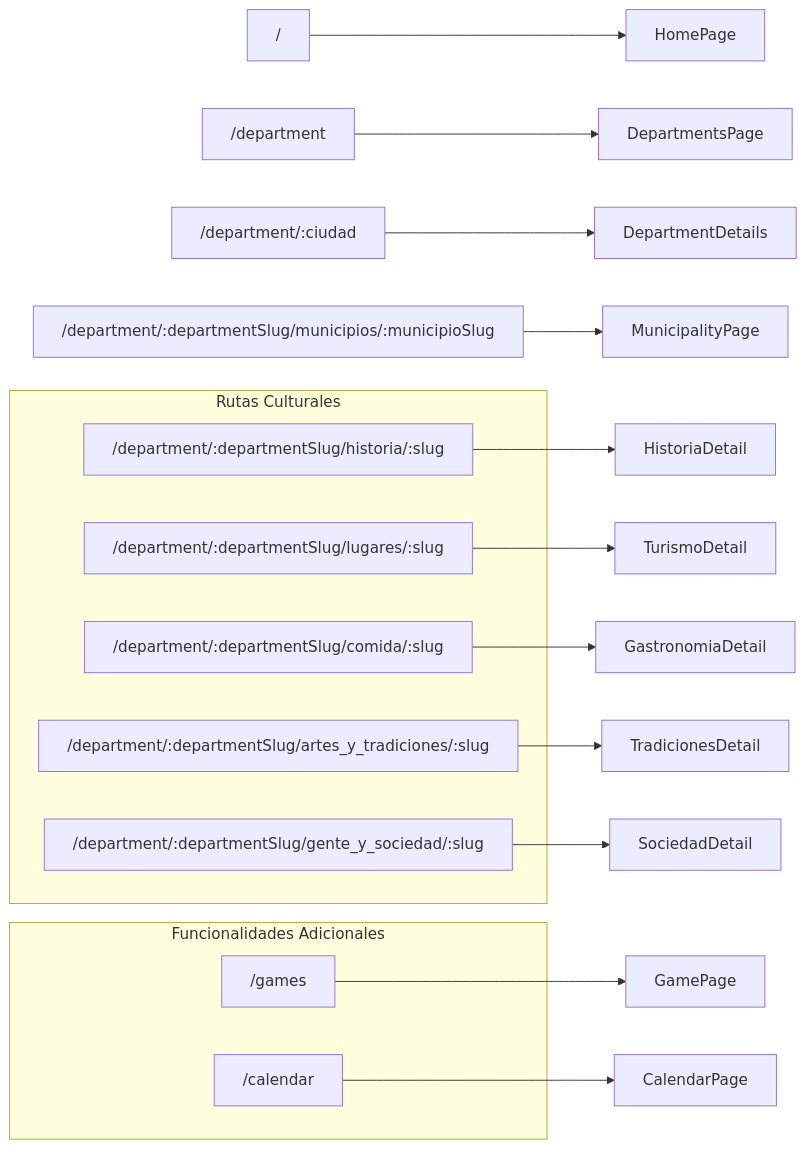
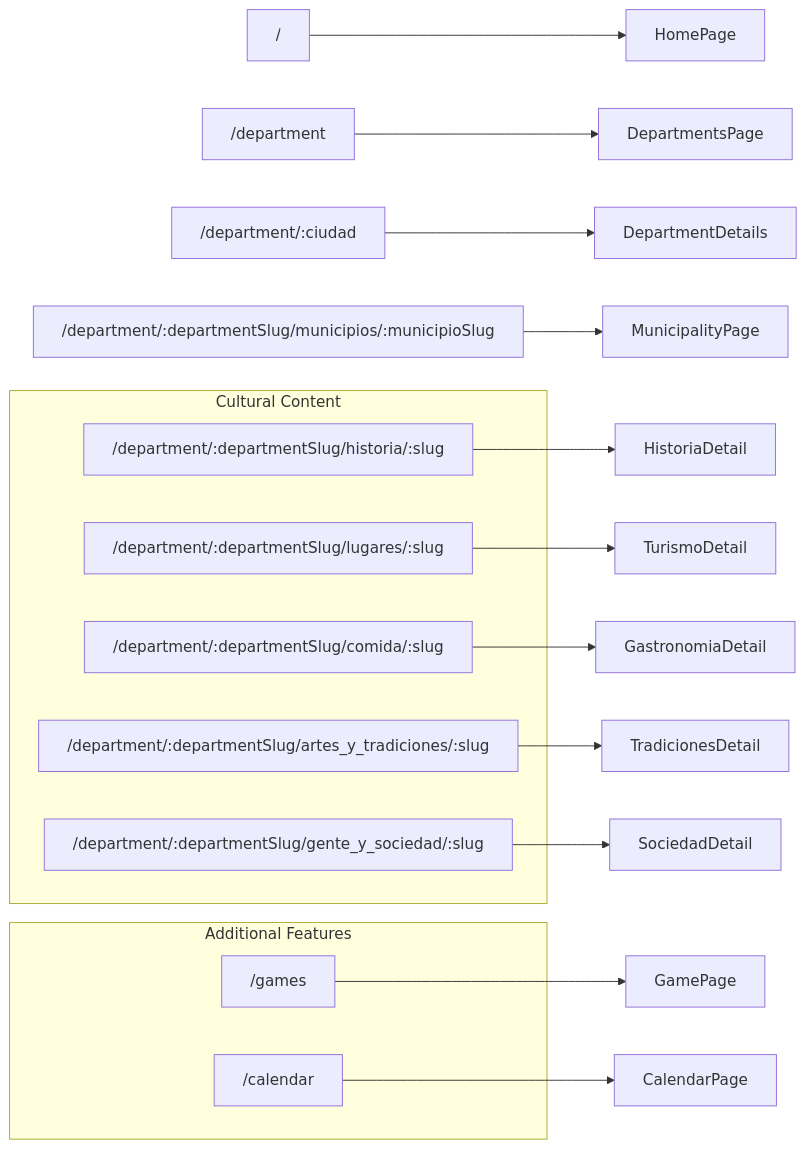
One commit to jonathan1173/pinolito changed the diagram in README.md. Above: the diagram before and after it, drawn with Mermaid. The commit also changed other lines of this file and 1 other file, not shown here.

````diff
--- a/README.md
+++ b/README.md
@@ -92,32 +81,32 @@
 ```mermaid
 graph LR
     Root["/"]
     Departments["/department"]
     DeptDetail["/department/:ciudad"]
     Municipality["/department/:departmentSlug/municipios/:municipioSlug"]
     
-    subgraph "Rutas Culturales"
+    subgraph "Cultural Content"
         Historia["/department/:departmentSlug/historia/:slug"]
         Lugares["/department/:departmentSlug/lugares/:slug"]
         Comida["/department/:departmentSlug/comida/:slug"]
         Tradiciones["/department/:departmentSlug/artes_y_tradiciones/:slug"]
         Sociedad["/department/:departmentSlug/gente_y_sociedad/:slug"]
     end
     
-    subgraph "Funcionalidades Adicionales"
+    subgraph "Additional Features"
         Games["/games"]
         Calendar["/calendar"]
     end
     
     Root --> HomePage
     Departments --> DepartmentsPage
     DeptDetail --> DepartmentDetails
     Municipality --> MunicipalityPage
     Historia --> HistoriaDetail
     Lugares --> TurismoDetail
     Comida --> GastronomiaDetail
     Tradiciones --> TradicionesDetail
     Sociedad --> SociedadDetail
     Games --> GamePage
     Calendar --> CalendarPage
 ```
````
